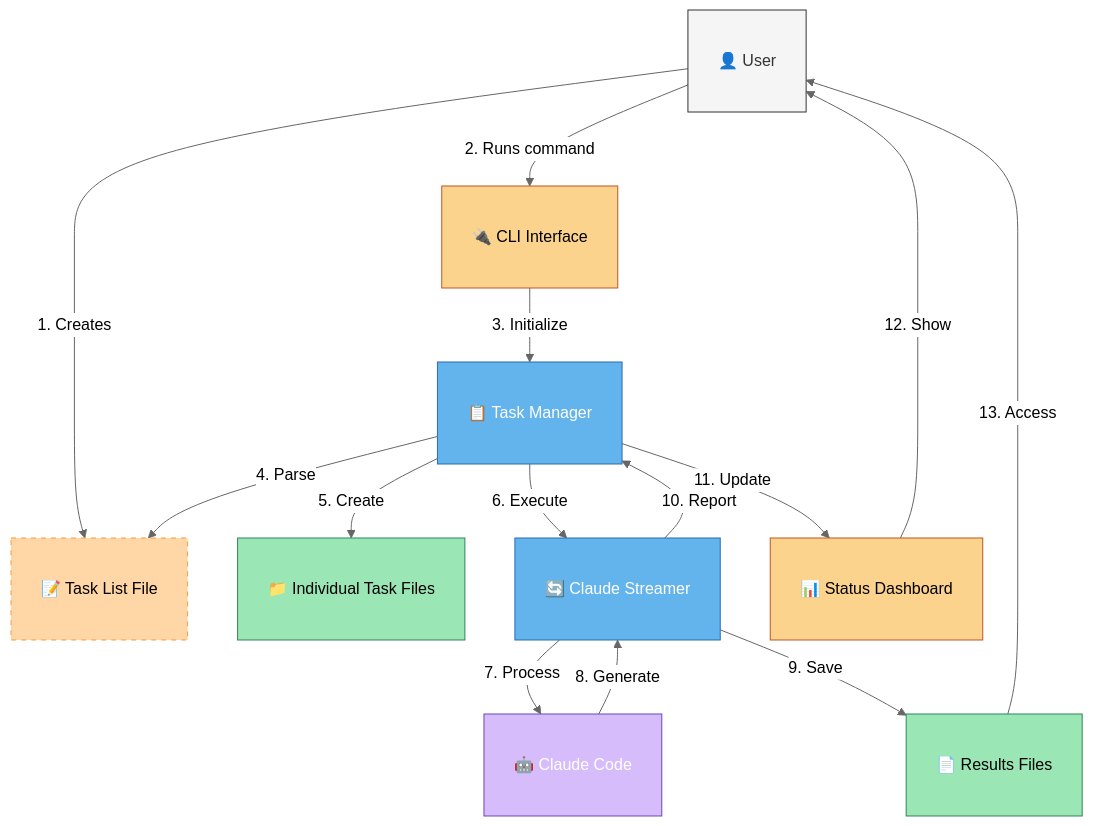
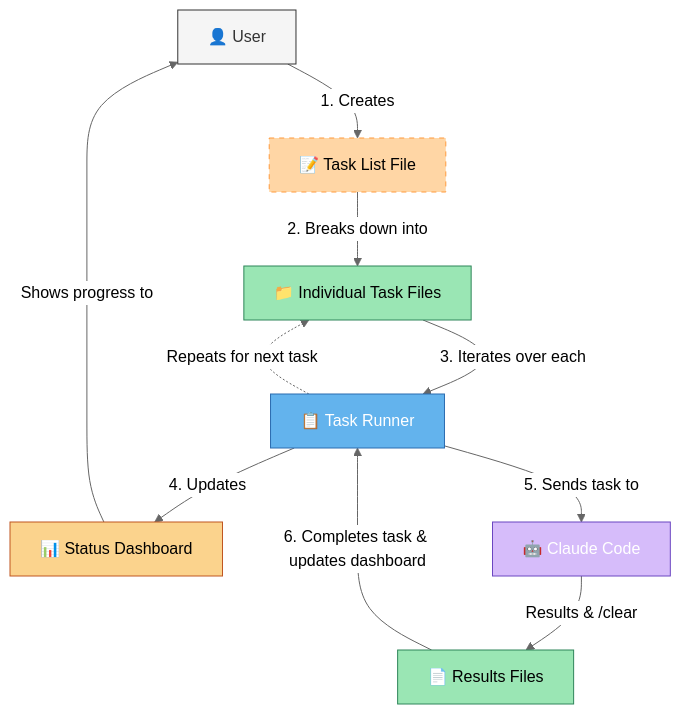
Before and after one commit to rzp-labs/claude-task-runner: the diagram in README.md, drawn with Mermaid (neutral theme).

Commit message:
updated mermaid char

````diff
--- a/README.md
+++ b/README.md
@@ -31,36 +31,32 @@
 ```mermaid
-flowchart TB
+flowchart TD
     %% Define node styles - clean and simple
-    classDef userNode fill:#f5f5f5,stroke:#333,color:#333,margin:10px
-    classDef interfaceNode fill:#FBD38D,stroke:#C05621,color:#000,margin:10px
-    classDef coreNode fill:#63B3ED,stroke:#2B6CB0,color:#fff,margin:10px
-    classDef storageNode fill:#9AE6B4,stroke:#2F855A,color:#000,margin:10px
-    classDef externalNode fill:#D6BCFA,stroke:#6B46C1,color:#fff,margin:10px
-    classDef dataNode fill:#FFD6A5,stroke:#FF9A3C,color:#000,margin:10px,stroke-dasharray: 5 5
+    classDef userNode fill:#f5f5f5,stroke:#333,color:#333
+    classDef interfaceNode fill:#FBD38D,stroke:#C05621,color:#000
+    classDef coreNode fill:#63B3ED,stroke:#2B6CB0,color:#fff
+    classDef storageNode fill:#9AE6B4,stroke:#2F855A,color:#000
+    classDef externalNode fill:#D6BCFA,stroke:#6B46C1,color:#fff
+    classDef dataNode fill:#FFD6A5,stroke:#FF9A3C,color:#000,stroke-dasharray: 5 5
     
-    %% Main components - no subgraphs for cleaner appearance
+    %% Main components in vertical layout
     User["👤 User"]:::userNode
     TaskList["📝 Task List File"]:::dataNode
-    CLI["🔌 CLI Interface"]:::interfaceNode
-    TaskManager["📋 Task Manager"]:::coreNode
     TaskFiles["📁 Individual Task Files"]:::storageNode
-    ClaudeStreamer["🔄 Claude Streamer"]:::coreNode
+    TaskRunner["📋 Task Runner"]:::coreNode
+    Dashboard["📊 Status Dashboard"]:::interfaceNode
     ClaudeCode["🤖 Claude Code"]:::externalNode
     ResultsFiles["📄 Results Files"]:::storageNode
-    Dashboard["📊 Status Dashboard"]:::interfaceNode
     
-    %% Linear user journey flow
+    %% The actual workflow in 6 steps - vertical layout
     User -->|"1. Creates"| TaskList
-    User -->|"2. Runs command"| CLI
-    CLI -->|"3. Initialize"| TaskManager
-    TaskManager -->|"4. Parse"| TaskList
-    TaskManager -->|"5. Create"| TaskFiles
-    TaskManager -->|"6. Execute"| ClaudeStreamer
-    ClaudeStreamer -->|"7. Process"| ClaudeCode
-    ClaudeCode -->|"8. Generate"| ClaudeStreamer
-    ClaudeStreamer -->|"9. Save"| ResultsFiles
-    ClaudeStreamer -->|"10. Report"| TaskManager
-    TaskManager -->|"11. Update"| Dashboard
-    Dashboard -->|"12. Show"| User
-    ResultsFiles -->|"13. Access"| User
+    TaskList -->|"2. Breaks down into"| TaskFiles
+    TaskFiles -->|"3. Iterates over each"| TaskRunner
+    TaskRunner -->|"4. Updates"| Dashboard
+    TaskRunner -->|"5. Sends task to"| ClaudeCode
+    ClaudeCode -->|"Results & /clear"| ResultsFiles
+    ResultsFiles -->|"6. Completes task & updates dashboard"| TaskRunner
+    
+    %% Loop back for next task
+    TaskRunner -.->|"Repeats for next task"| TaskFiles
+    Dashboard -->|"Shows progress to"| User
 ```
````
